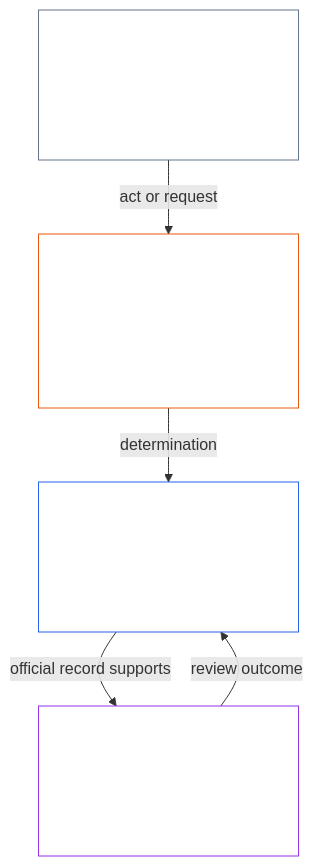
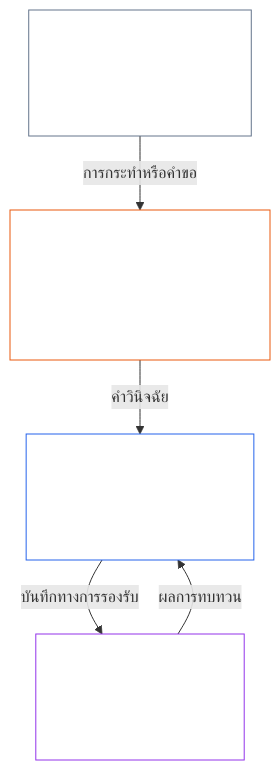
One commit to kfoelsch/Sentient_Constitution changed the first of 2 diagrams in project/translation_drafts/2026-11-26/ch00_ch01_resync/th__core_01.000_constitutional_map.md. Above: the diagram before and after it, drawn with Mermaid. The commit also changed other lines of this file and 42 other files, not shown here.

````diff
--- a/project/translation_drafts/2026-11-26/ch00_ch01_resync/th__core_01.000_constitutional_map.md
+++ b/project/translation_drafts/2026-11-26/ch00_ch01_resync/th__core_01.000_constitutional_map.md
@@ -219,15 +219,15 @@
 ```mermaid
 flowchart TB
-    I["Initiating seat<br/><br/>Requests, proposes, operates,<br/>claims, or begins the act"]
-    V["Verify-or-authorize seat<br/><br/>Checks evidence and authority;<br/>verifies, authorizes, declines, or conditions"]
-    R["Official record-custody seat<br/><br/>Enters, amends, preserves,<br/>and publishes the Act Record"]
-    C["Challenge-review seat<br/><br/>Receives and reviews challenges;<br/>corrects, limits, or routes"]
-    I -->|act or request| V
-    V -->|determination| R
-    R -->|official record supports| C
-    C -->|review outcome| R
+    I["ที่นั่งผู้ริเริ่ม<br/><br/>ร้องขอ เสนอ ดำเนินการ<br/>ยื่นข้ออ้าง หรือเริ่มการกระทำ"]
+    V["ที่นั่งผู้ตรวจสอบหรืออนุมัติ<br/><br/>ตรวจหลักฐานและอำนาจ;<br/>ยืนยัน อนุมัติ ปฏิเสธ หรือกำหนดเงื่อนไข"]
+    R["ที่นั่งผู้เก็บรักษาบันทึกทางการ<br/><br/>บันทึก แก้ไข เก็บรักษา<br/>และเผยแพร่บันทึกการกระทำ"]
+    C["ที่นั่งผู้ทบทวนคำคัดค้าน<br/><br/>รับและพิจารณาคำคัดค้าน;<br/>แก้ไข จำกัด หรือส่งต่อ"]
+    I -->|การกระทำหรือคำขอ| V
+    V -->|คำวินิจฉัย| R
+    R -->|บันทึกทางการรองรับ| C
+    C -->|ผลการทบทวน| R
     style I fill:none,stroke:#64748b,color:#ffffff
     style V fill:none,stroke:#ea580c,color:#ffffff
     style R fill:none,stroke:#2563eb,color:#ffffff
     style C fill:none,stroke:#9333ea,color:#ffffff
 ```
````
